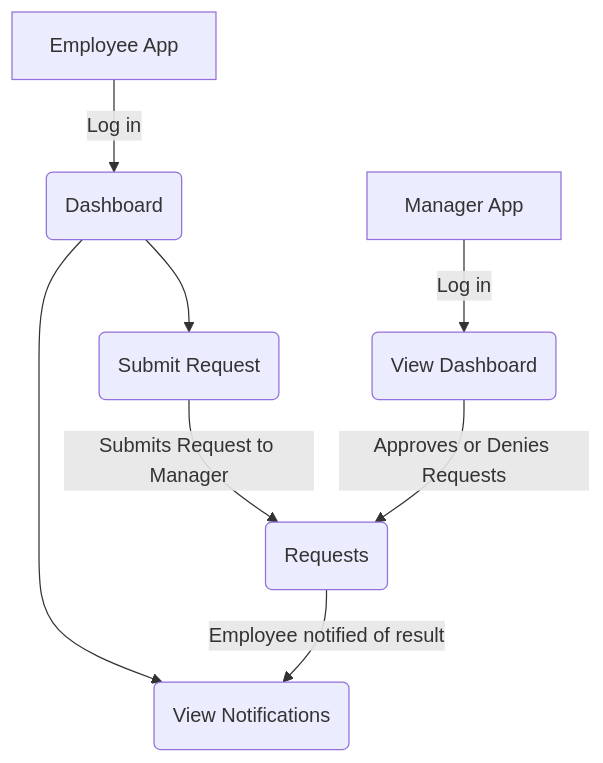
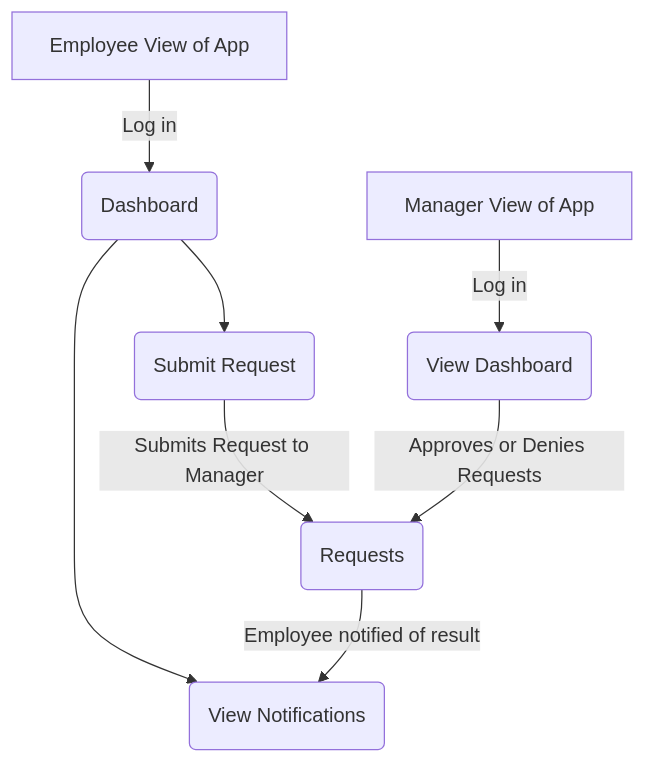
The third of 3 diagrams in README.md (KeeganKnapp/CapstoneProject), drawn with Mermaid before and after one commit.

````diff
--- a/README.md
+++ b/README.md
@@ -45,12 +45,12 @@
 ```mermaid
 flowchart TD
-    A["Employee App"] -- Log in --> B("Dashboard")
+    A["Employee View of App"] -- Log in --> B("Dashboard")
     B --> C("Submit Request")
     C -- Submits Request to Manager --> O
     B --> F("View Notifications")
     O -- Employee notified of result --> F
 
 
-    E["Manager App"] -- Log in --> J("View Dashboard")
+    E["Manager View of App"] -- Log in --> J("View Dashboard")
     J -- Approves or Denies Requests --> O("Requests")
 ```
````
